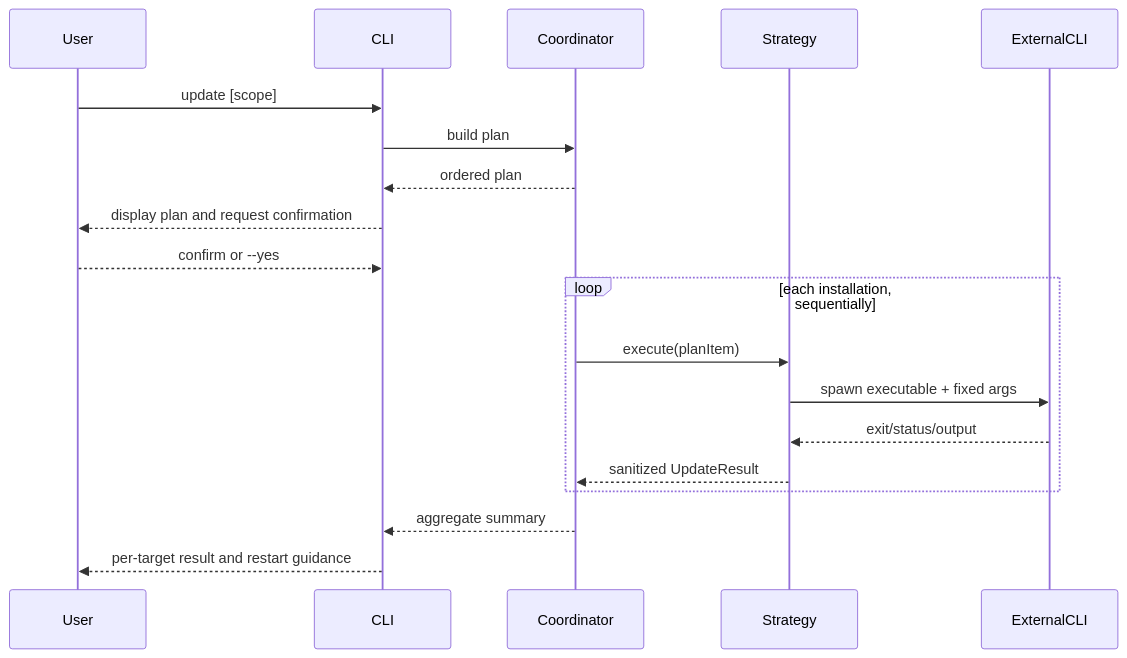
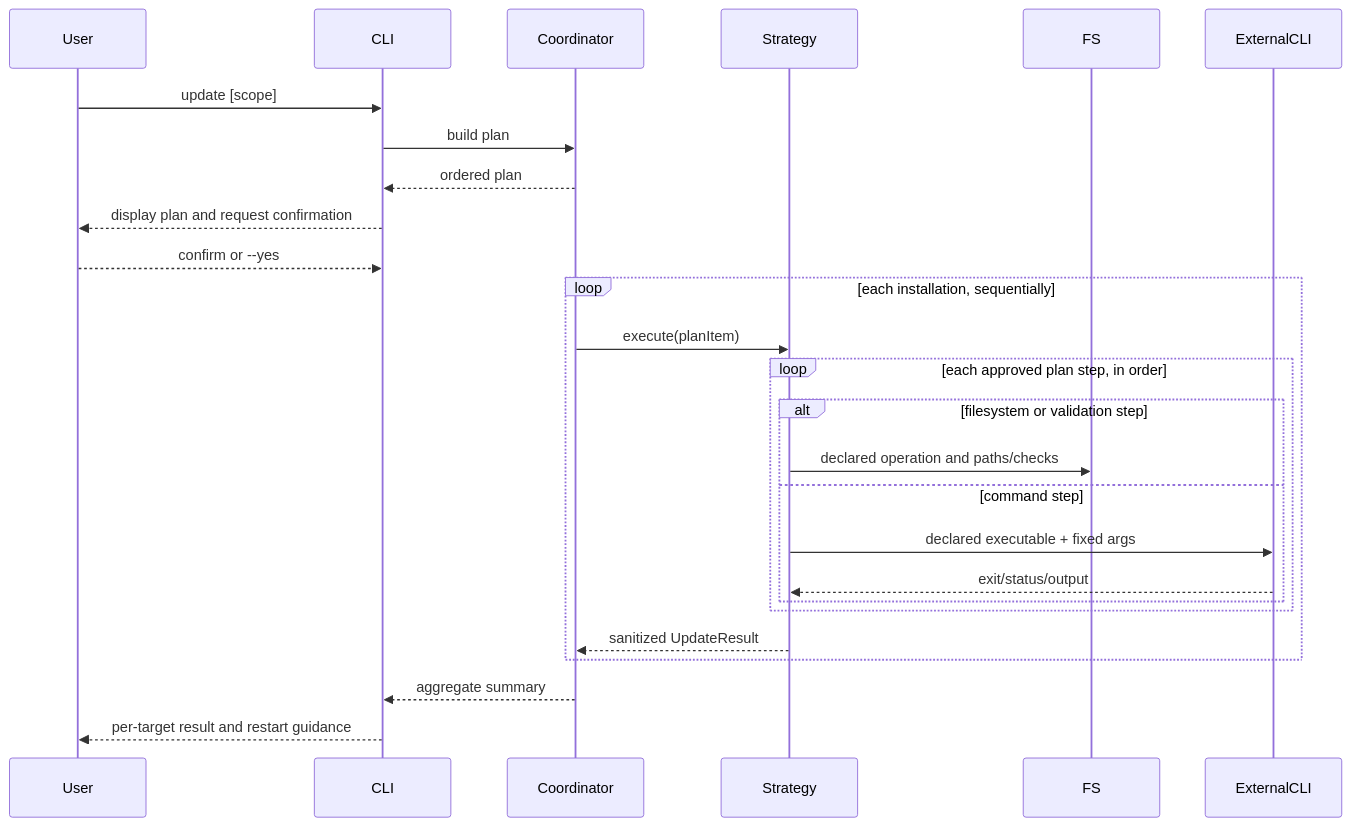
Before and after one commit to nodesource/nsolid-plugin: the second of 5 diagrams in openspec/changes/add-update-flow/design.md, drawn with Mermaid. The commit also changed other lines of this file and 3 other files, not shown here.

Commit message:
docs: finalize update flow specification

````diff
--- a/openspec/changes/add-update-flow/design.md
+++ b/openspec/changes/add-update-flow/design.md
@@ -349,22 +484,29 @@
 ```mermaid
 sequenceDiagram
     participant User
     participant CLI
     participant Coordinator
     participant Strategy
+    participant FS
     participant ExternalCLI
 
     User->>CLI: update [scope]
     CLI->>Coordinator: build plan
     Coordinator-->>CLI: ordered plan
     CLI-->>User: display plan and request confirmation
     User-->>CLI: confirm or --yes
     loop each installation, sequentially
         Coordinator->>Strategy: execute(planItem)
-        Strategy->>ExternalCLI: spawn executable + fixed args
-        ExternalCLI-->>Strategy: exit/status/output
+        loop each approved plan step, in order
+            alt filesystem or validation step
+                Strategy->>FS: declared operation and paths/checks
+            else command step
+                Strategy->>ExternalCLI: declared executable + fixed args
+                ExternalCLI-->>Strategy: exit/status/output
+            end
+        end
         Strategy-->>Coordinator: sanitized UpdateResult
     end
     Coordinator-->>CLI: aggregate summary
     CLI-->>User: per-target result and restart guidance
 ```
````
